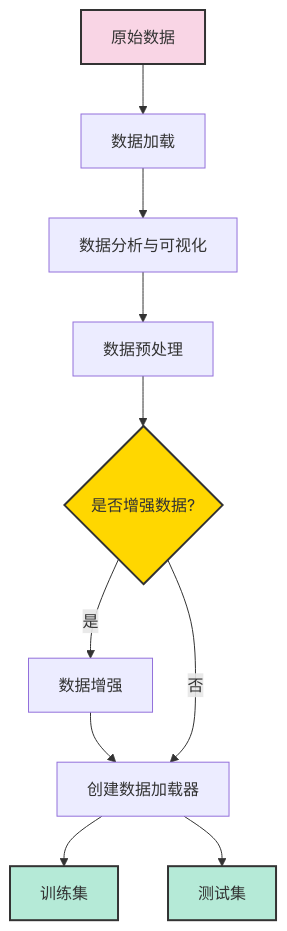
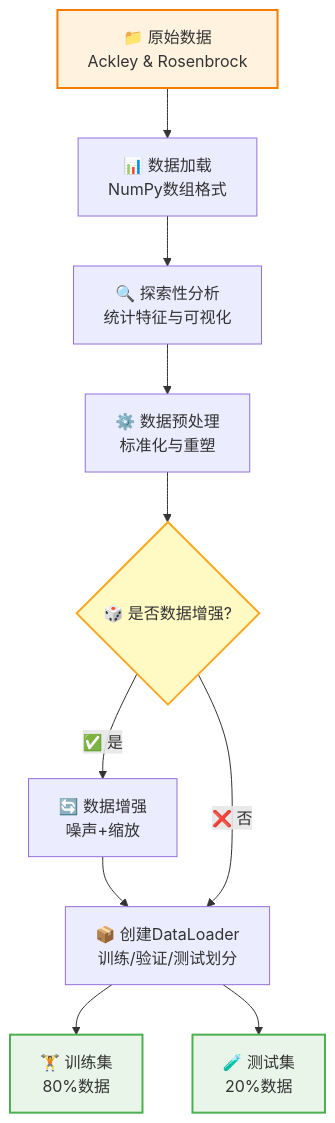
Before and after one commit to le876/week1-CNN: the second of 8 diagrams in 项目流程图.md, drawn with Mermaid. The commit also changed other lines of this file and 25 other files, not shown here.

````diff
--- a/项目流程图.md
+++ b/项目流程图.md
@@ -40,17 +43,17 @@
 ```mermaid
 flowchart TD
-    A[原始数据] --> B[数据加载]
-    B --> C[数据分析与可视化]
-    C --> D[数据预处理]
-    D --> E{是否增强数据?}
-    E -->|是| F[数据增强]
-    F --> G[创建数据加载器]
-    E -->|否| G
-    G --> H[训练集]
-    G --> I[测试集]
-    
-    style A fill:#f9d5e5,stroke:#333,stroke-width:2px
-    style E fill:#ffd700,stroke:#333,stroke-width:2px
-    style H fill:#b5ead7,stroke:#333,stroke-width:2px
-    style I fill:#b5ead7,stroke:#333,stroke-width:2px
+    A[📁 原始数据<br/>Ackley & Rosenbrock] --> B[📊 数据加载<br/>NumPy数组格式]
+    B --> C[🔍 探索性分析<br/>统计特征与可视化]
+    C --> D[⚙️ 数据预处理<br/>标准化与重塑]
+    D --> E{🎲 是否数据增强?}
+    E -->|✅ 是| F[🔄 数据增强<br/>噪声+缩放]
+    F --> G[📦 创建DataLoader<br/>训练/验证/测试划分]
+    E -->|❌ 否| G
+    G --> H[🏋️ 训练集<br/>80%数据]
+    G --> I[🧪 测试集<br/>20%数据]
+
+    style A fill:#fff3e0,stroke:#f57c00,stroke-width:2px
+    style E fill:#fff9c4,stroke:#f9a825,stroke-width:2px
+    style H fill:#e8f5e8,stroke:#4caf50,stroke-width:2px
+    style I fill:#e8f5e8,stroke:#4caf50,stroke-width:2px
 ```
````
